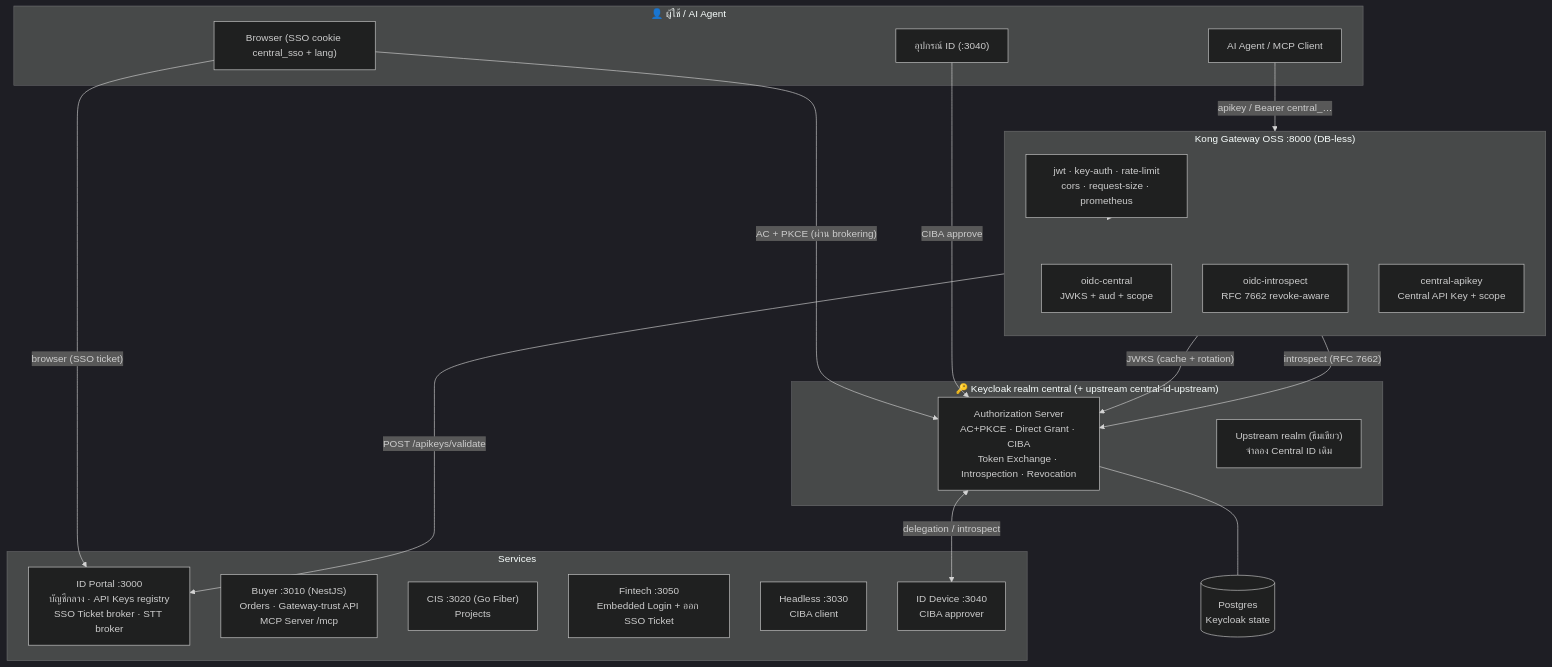
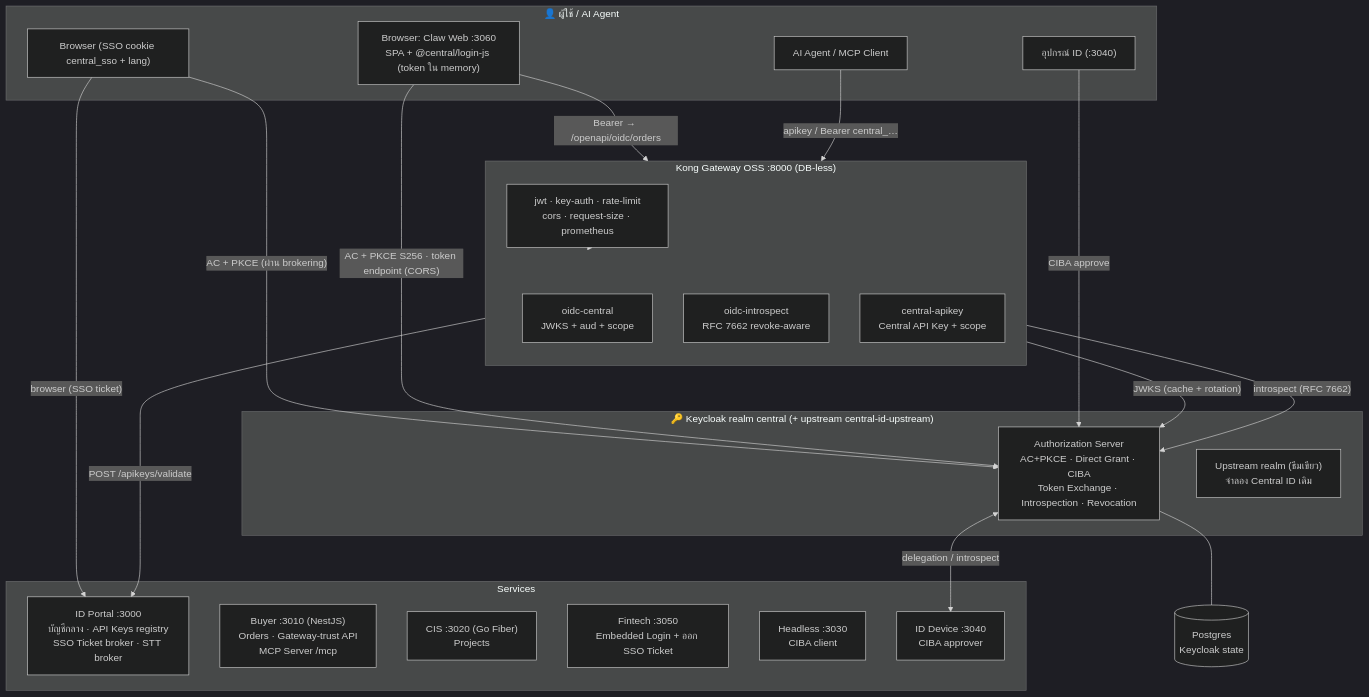
One commit to sorn007/poc-kong-keycloak changed the first of 9 diagrams in docs/ARCHITECTURE.md. Above: the diagram before and after it, drawn with Mermaid (dark theme). The commit also changed other lines of this file and 41 other files, not shown here.

First line of the commit message:
feat: browser Login SDK (@central/login-js) + claw-web SPA

````diff
--- a/docs/ARCHITECTURE.md
+++ b/docs/ARCHITECTURE.md
@@ -12,43 +12,46 @@
 ```mermaid
 flowchart TB
     subgraph USER["👤 ผู้ใช้ / AI Agent"]
         BR["Browser (SSO cookie central_sso + lang)"]
         AG["AI Agent / MCP Client"]
         DEV["อุปกรณ์ ID (:3040)"]
+        SPA["Browser: Claw Web :3060<br/>SPA + @central/login-js (token ใน memory)"]
     end
 
     subgraph GW["Kong Gateway OSS :8000 (DB-less)"]
         direction TB
         K1["oidc-central<br/>JWKS + aud + scope"]
         K2["oidc-introspect<br/>RFC 7662 revoke-aware"]
         K3["central-apikey<br/>Central API Key + scope"]
         K4["jwt · key-auth · rate-limit<br/>cors · request-size · prometheus"]
     end
 
     subgraph KC["🔑 Keycloak realm central (+ upstream central-id-upstream)"]
         AS["Authorization Server<br/>AC+PKCE · Direct Grant · CIBA<br/>Token Exchange · Introspection · Revocation"]
         UP["Upstream realm (ธีมเขียว)<br/>จำลอง Central ID เดิม"]
     end
 
     subgraph APPS["Services"]
         ID["ID Portal :3000<br/>บัญชีกลาง · API Keys registry<br/>SSO Ticket broker · STT broker"]
         BUY["Buyer :3010 (NestJS)<br/>Orders · Gateway-trust API<br/>MCP Server /mcp"]
         CIS["CIS :3020 (Go Fiber)<br/>Projects"]
         FIN["Fintech :3050<br/>Embedded Login + ออก SSO Ticket"]
         HD["Headless :3030<br/>CIBA client"]
         DV["ID Device :3040<br/>CIBA approver"]
     end
 
     PG[(Postgres<br/>Keycloak state)]
 
     BR -->|"AC + PKCE (ผ่าน brokering)"| AS
+    SPA -->|"AC + PKCE S256 · token endpoint (CORS)"| AS
+    SPA -->|"Bearer → /openapi/oidc/orders"| K1
     AG -->|"apikey / Bearer central_…"| K3
     BR -->|"browser (SSO ticket)"| ID
     DEV -->|"CIBA approve"| AS
     AS <-->|"delegation / introspect"| DV
     K1 -->|"JWKS (cache + rotation)"| AS
     K2 -->|"introspect (RFC 7662)"| AS
     K3 -->|"POST /apikeys/validate"| ID
     AS --- PG
     K4 --> GW
 ```
````
